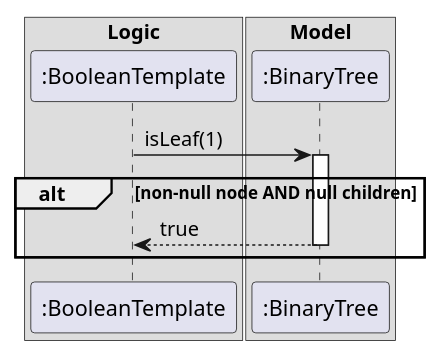
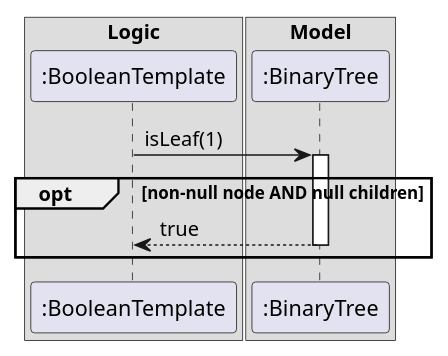
The diagram in docs/diagrams/BinaryTreeIsLeafSequence.puml (sevenseasofbri/tp), drawn with PlantUML before and after one commit. The commit also changed 1 other file, not shown here.

Commit message:
fix dg sequence diagrams

```diff
--- a/docs/diagrams/BinaryTreeIsLeafSequence.puml
+++ b/docs/diagrams/BinaryTreeIsLeafSequence.puml
@@ -1,16 +1,16 @@
 @startuml
 box Logic
 participant ":BooleanTemplate" as BooleanTemplate
 end box
 
 box Model
 participant ":BinaryTree" as BinaryTree
 end box
 autoactivate on
 BooleanTemplate -> BinaryTree : isLeaf(1)
 
-alt non-null node AND null children
+opt non-null node AND null children
 return true
 
 end
 @enduml
```
